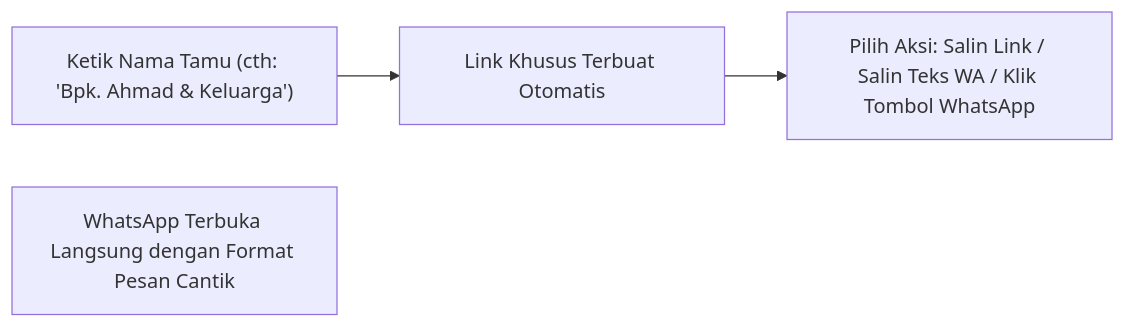
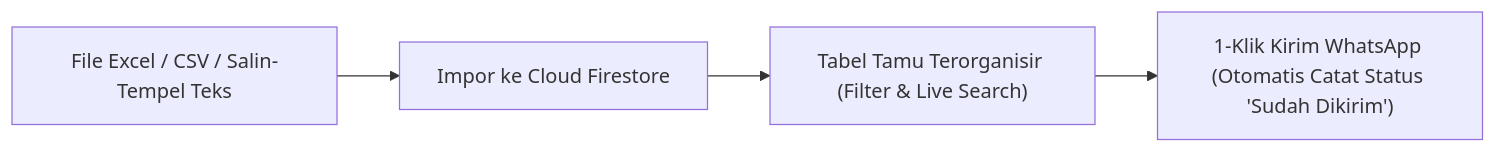
Before and after one commit to hndko/app_weddingbetawi_react: the diagram in docs/02-buku-panduan-pengguna.md, drawn with Mermaid. The commit also changed other lines of this file and 6 other files, not shown here.

````diff
--- a/docs/02-buku-panduan-pengguna.md
+++ b/docs/02-buku-panduan-pengguna.md
@@ -85,6 +85,6 @@
 ```mermaid
 graph LR
-    A["Ketik Nama Tamu (cth: 'Bpk. Ahmad & Keluarga')"] --> B["Link Khusus Terbuat Otomatis"]
-    B --> C["Pilih Aksi: Salin Link / Salin Teks WA / Klik Tombol WhatsApp"]
-    D["WhatsApp Terbuka Langsung dengan Format Pesan Cantik"]
+    A["File Excel / CSV / Salin-Tempel Teks"] --> B["Impor ke Cloud Firestore"]
+    B --> C["Tabel Tamu Terorganisir (Filter & Live Search)"]
+    C --> D["1-Klik Kirim WhatsApp (Otomatis Catat Status 'Sudah Dikirim')"]
 ```
````
